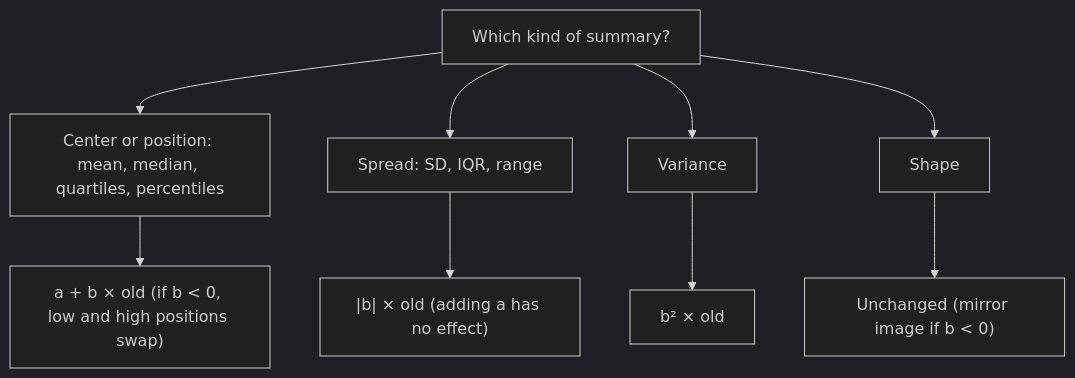
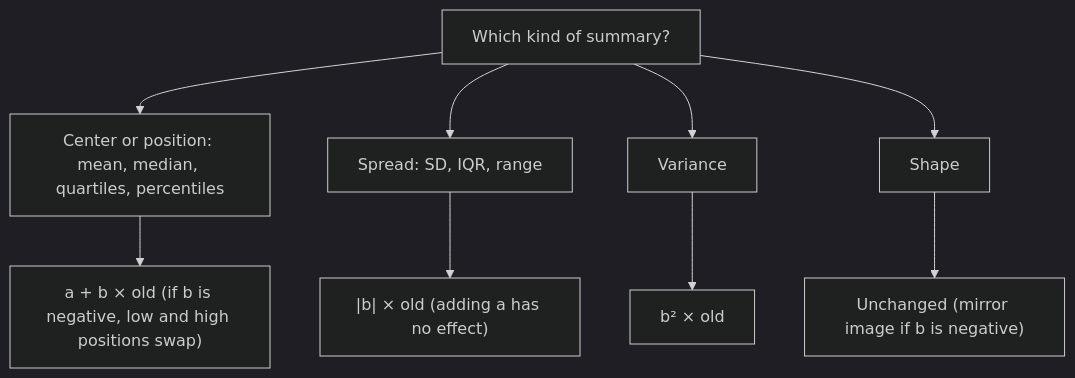
One commit to Aziliz/erudior changed the diagram in content/math/ap-statistics/lessons/08-linear-transformations.md. Above: the diagram before and after it, drawn with Mermaid (dark theme). The commit also changed 9 other files, not shown here.

````diff
--- a/content/math/ap-statistics/lessons/08-linear-transformations.md
+++ b/content/math/ap-statistics/lessons/08-linear-transformations.md
@@ -70,13 +70,13 @@
 ```mermaid
 flowchart TD
   accTitle: What happens to each summary under y = a + bx
   accDescr: Sort the summary into one of four kinds. Measures of center and position, such as the mean, median, quartiles and percentiles, become a plus b times the old value; if b is negative, low and high positions swap, so the old first quartile becomes the new third quartile. Measures of spread, such as the SD, IQR and range, become the absolute value of b times the old value, and a has no effect. The variance becomes b squared times the old variance. The shape is unchanged, except that it is mirrored when b is negative.
   S["Which kind of summary?"] --> C["Center or position: mean, median, quartiles, percentiles"]
   S --> P["Spread: SD, IQR, range"]
   S --> V["Variance"]
   S --> H["Shape"]
-  C --> C2["a + b × old (if b < 0, low and high positions swap)"]
+  C --> C2["a + b × old (if b is negative, low and high positions swap)"]
   P --> P2["|b| × old (adding a has no effect)"]
   V --> V2["b² × old"]
-  H --> H2["Unchanged (mirror image if b < 0)"]
+  H --> H2["Unchanged (mirror image if b is negative)"]
 ```
````
